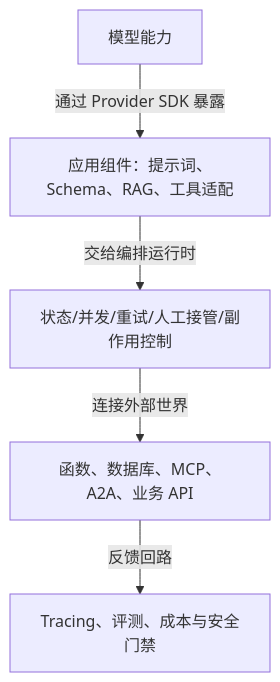
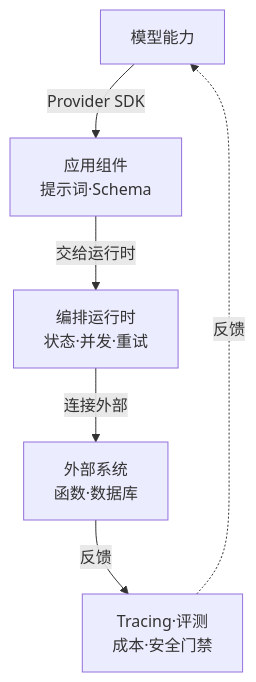
One commit to hub138/technical-knowledge changed the first of 4 diagrams in vault/工程知识/AI 系统工程：从模型能力到生产能力/生态与选型/模型、框架、运行时与协议解决不同问题.md. Above: the diagram before and after it, drawn with Mermaid. The commit also changed other lines of this file and 622 other files, not shown here.

````diff
--- a/vault/工程知识/AI 系统工程：从模型能力到生产能力/生态与选型/模型、框架、运行时与协议解决不同问题.md
+++ b/vault/工程知识/AI 系统工程：从模型能力到生产能力/生态与选型/模型、框架、运行时与协议解决不同问题.md
@@ -37,7 +40,8 @@
 ```mermaid
-flowchart TB
-    a["模型能力"] -->|"通过 Provider SDK 暴露"| b["应用组件：提示词、Schema、RAG、工具适配"]
-    b -->|"交给编排运行时"| c["状态/并发/重试/人工接管/副作用控制"]
-    c -->|"连接外部世界"| d["函数、数据库、MCP、A2A、业务 API"]
-    d -->|"反馈回路"| e["Tracing、评测、成本与安全门禁"]
+flowchart TD
+    a[模型能力] -->|Provider SDK| b[应用组件<br/>提示词·Schema]
+    b -->|交给运行时| c[编排运行时<br/>状态·并发·重试]
+    c -->|连接外部| d[外部系统<br/>函数·数据库]
+    d -->|反馈| e[Tracing·评测<br/>成本·安全门禁]
+    e -. 反馈 .-> a
 ```
````
